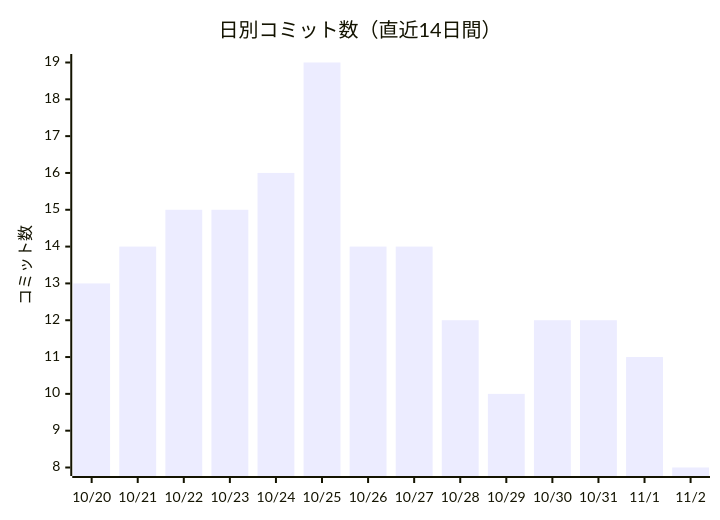
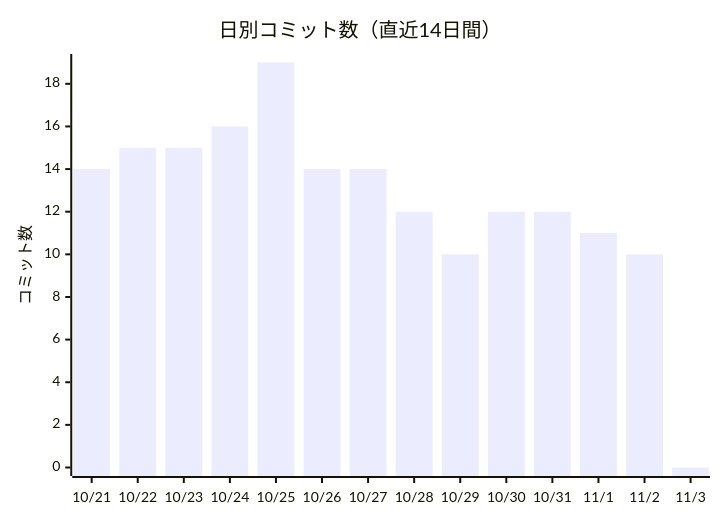
One commit to non-x2/non-x2 changed the first of 2 diagrams in docs/進化レポート.md. Above: the diagram before and after it, drawn with Mermaid. The commit also changed other lines of this file and 2 other files, not shown here.

````diff
--- a/docs/進化レポート.md
+++ b/docs/進化レポート.md
@@ -23,7 +23,7 @@
 ```mermaid
 xychart-beta
     title "日別コミット数（直近14日間）"
-    x-axis ["10/20", "10/21", "10/22", "10/23", "10/24", "10/25", "10/26", "10/27", "10/28", "10/29", "10/30", "10/31", "11/1", "11/2"]
+    x-axis ["10/21", "10/22", "10/23", "10/24", "10/25", "10/26", "10/27", "10/28", "10/29", "10/30", "10/31", "11/1", "11/2", "11/3"]
     y-axis "コミット数"
-    bar [13, 14, 15, 15, 16, 19, 14, 14, 12, 10, 12, 12, 11, 8]
+    bar [14, 15, 15, 16, 19, 14, 14, 12, 10, 12, 12, 11, 10, 0]
 ```
````
